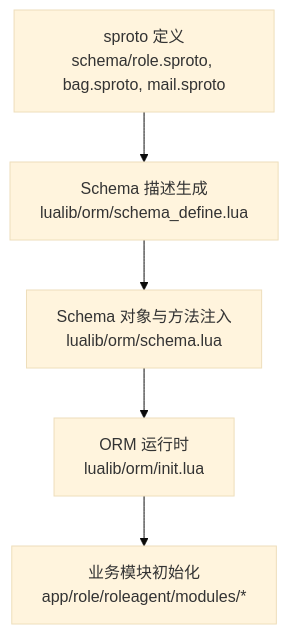
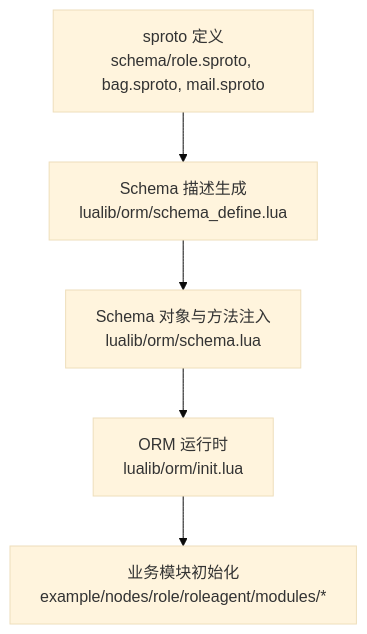
One commit to hanxi/skyext changed the first of 9 diagrams in docs/repowiki/zh/content/核心模块/ORM 框架/Schema 定义系统/复杂数据结构.md. Above: the diagram before and after it, drawn with Mermaid (base theme). The commit also changed other lines of this file and 117 other files, not shown here.

````diff
--- a/docs/repowiki/zh/content/核心模块/ORM 框架/Schema 定义系统/复杂数据结构.md
+++ b/docs/repowiki/zh/content/核心模块/ORM 框架/Schema 定义系统/复杂数据结构.md
@@ -45,7 +45,7 @@
 ```mermaid
 graph TB
 A["sproto 定义<br/>schema/role.sproto, bag.sproto, mail.sproto"] --> B["Schema 描述生成<br/>lualib/orm/schema_define.lua"]
 B --> C["Schema 对象与方法注入<br/>lualib/orm/schema.lua"]
 C --> D["ORM 运行时<br/>lualib/orm/init.lua"]
-D --> E["业务模块初始化<br/>app/role/roleagent/modules/*"]
+D --> E["业务模块初始化<br/>example/nodes/role/roleagent/modules/*"]
 ```
````
